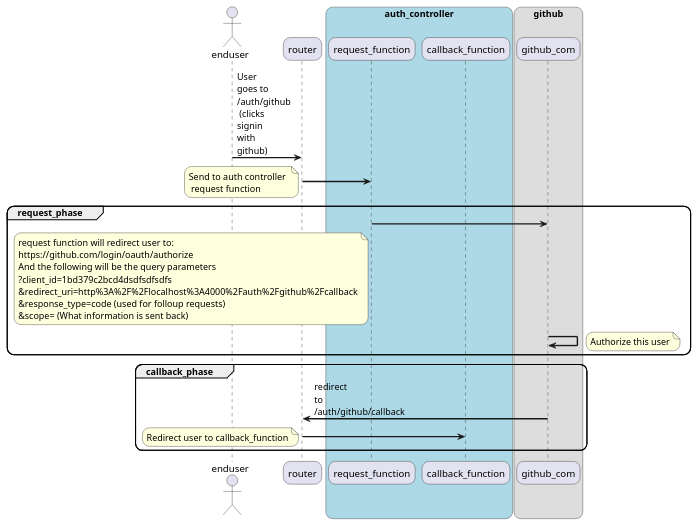
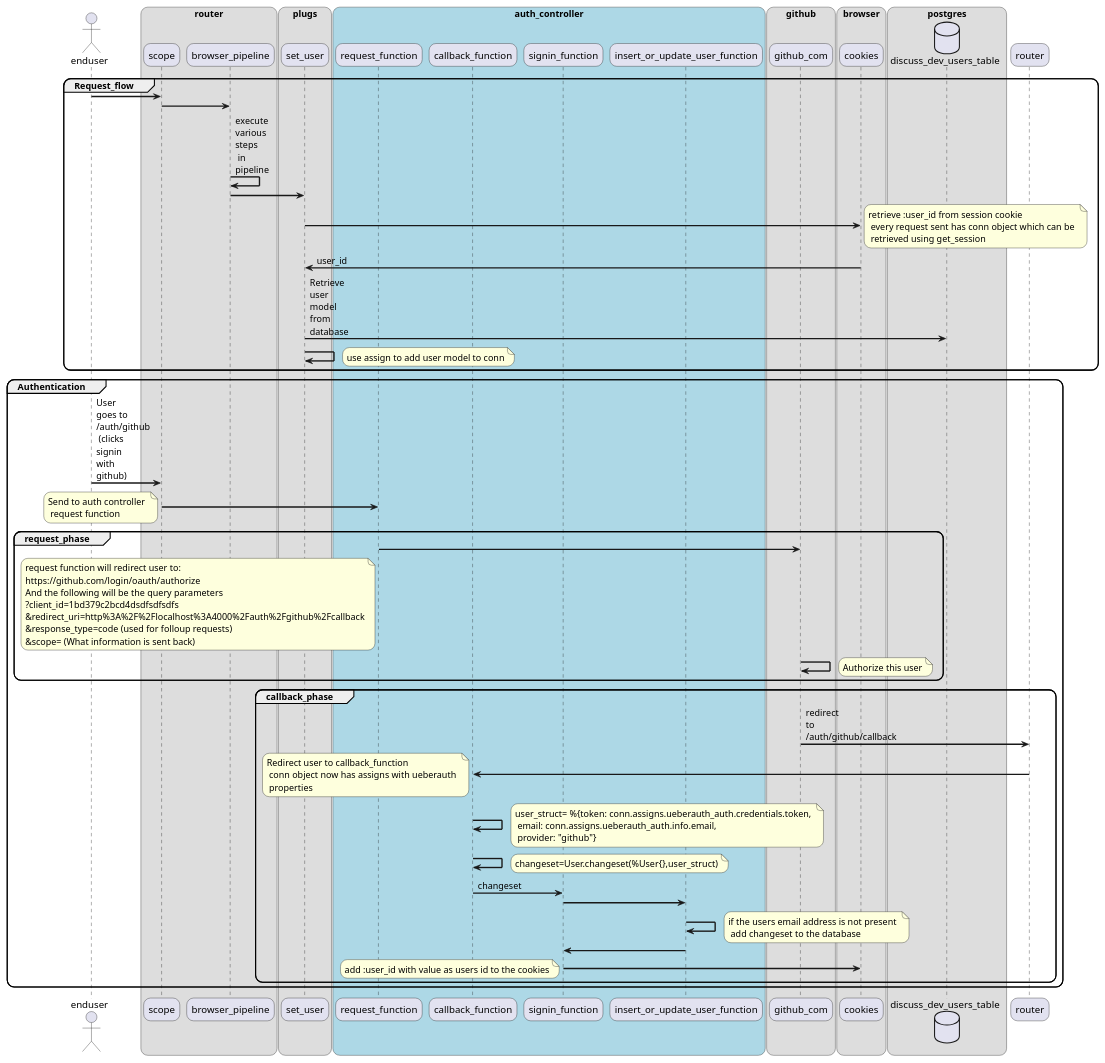
Before and after one commit to vinlok/vinlok.github.io: the diagram in _posts/uberauth_github.wsd, drawn with PlantUML. The commit also changed 5 other files, not shown here.

```diff
--- a/_posts/uberauth_github.wsd
+++ b/_posts/uberauth_github.wsd
@@ -2,52 +2,97 @@
 @startuml
 
 
 skinparam sequenceArrowThickness 2
 skinparam roundcorner 20
 skinparam maxmessagesize 60
 
 ' List client service components/participants here
 
 actor enduser
 
-participant router
+box "router"
+participant scope
+participant browser_pipeline
+end box
+
+box "plugs"
+participant set_user
+
+end box
 
 box "auth_controller" #LightBlue
 participant request_function
 participant callback_function
+participant signin_function
+participant insert_or_update_user_function
 end box
 
 box "github"
 participant github_com
 end box
 
-enduser ->  router : User goes to /auth/github  \n (clicks signin with github)
-router -> request_function
-note left : Send to auth controller \n request function
+box "browser"
+participant cookies
+end box
 
-group request_phase
-    request_function -> github_com
-    note left of request_function
-        request function will redirect user to:
-        https://github.com/login/oauth/authorize
-        And the following will be the query parameters
-        ?client_id=1bd379c2bcd4dsdfsdfsdfs
-        &redirect_uri=http%3A%2F%2Flocalhost%3A4000%2Fauth%2Fgithub%2Fcallback
-        &response_type=code (used for folloup requests)
-        &scope= (What information is sent back)
-    end note
-    github_com -> github_com 
-    note right: Authorize this user 
-end group
+box postgres
+database discuss_dev_users_table
+end box
 
-group callback_phase
-    github_com -> router : redirect to /auth/github/callback
-    router -> callback_function
-    note left: Redirect user to callback_function
+group Request_flow
+enduser -> scope 
+scope -> browser_pipeline
+browser_pipeline -> browser_pipeline : execute various steps \n in pipeline
+browser_pipeline -> set_user
+set_user -> cookies 
+note right : retrieve :user_id from session cookie \n every request sent has conn object which can be \n retrieved using get_session
+cookies -> set_user :user_id
+set_user -> discuss_dev_users_table : Retrieve user model from database
+set_user -> set_user 
+note right : use assign to add user model to conn
 
 end group
 
 
+group Authentication 
 
+    enduser ->  scope : User goes to /auth/github  \n (clicks signin with github)
+    scope -> request_function
+    note left : Send to auth controller \n request function
+
+    group request_phase
+        request_function -> github_com
+        note left of request_function
+            request function will redirect user to:
+            https://github.com/login/oauth/authorize
+            And the following will be the query parameters
+            ?client_id=1bd379c2bcd4dsdfsdfsdfs
+            &redirect_uri=http%3A%2F%2Flocalhost%3A4000%2Fauth%2Fgithub%2Fcallback
+            &response_type=code (used for folloup requests)
+            &scope= (What information is sent back)
+        end note
+        github_com -> github_com 
+        note right: Authorize this user 
+    end group
+
+    group callback_phase
+        github_com -> router : redirect to /auth/github/callback
+        router -> callback_function
+        note left: Redirect user to callback_function \n conn object now has assigns with ueberauth \n properties
+        callback_function -> callback_function 
+        note right : user_struct= %{token: conn.assigns.ueberauth_auth.credentials.token, \n email: conn.assigns.ueberauth_auth.info.email, \n provider: "github"}
+        callback_function -> callback_function
+        note right : changeset=User.changeset(%User{},user_struct)
+        callback_function -> signin_function : changeset
+        signin_function -> insert_or_update_user_function 
+        insert_or_update_user_function -> insert_or_update_user_function 
+        note right: if the users email address is not present \n add changeset to the database
+        insert_or_update_user_function -> signin_function
+        signin_function -> cookies
+        note left: add :user_id with value as users id to the cookies
+
+    end group
+
+end group
 
 @enduml
```
